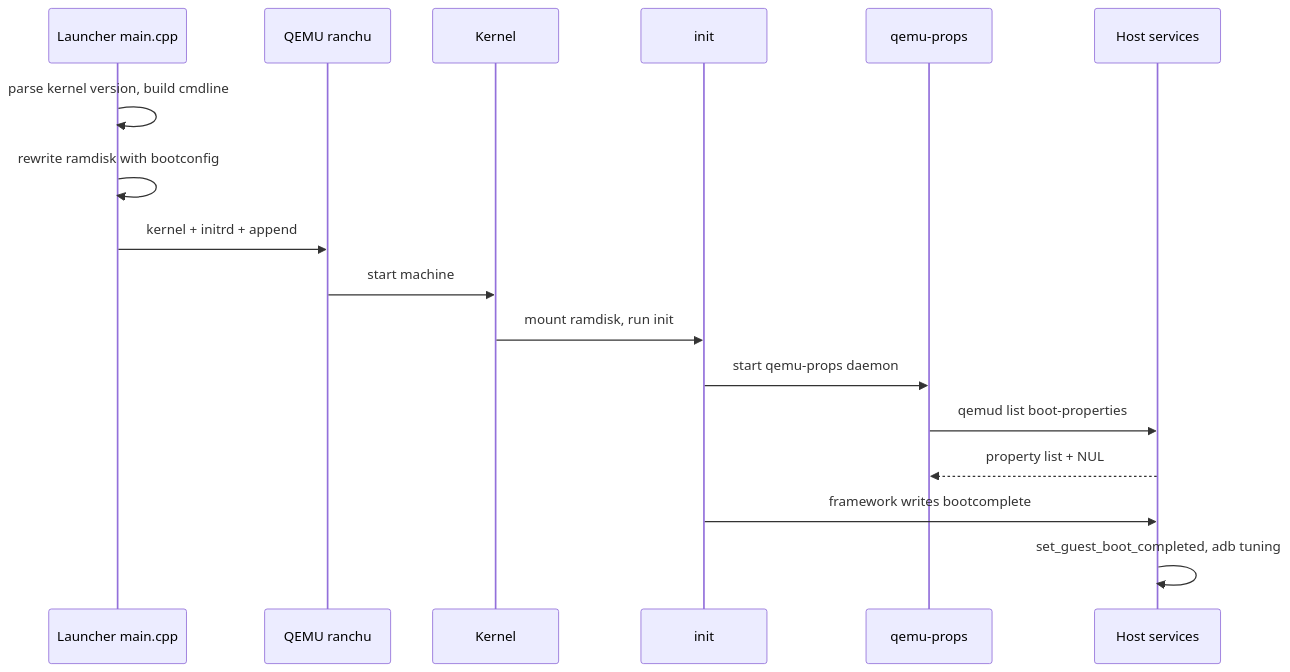
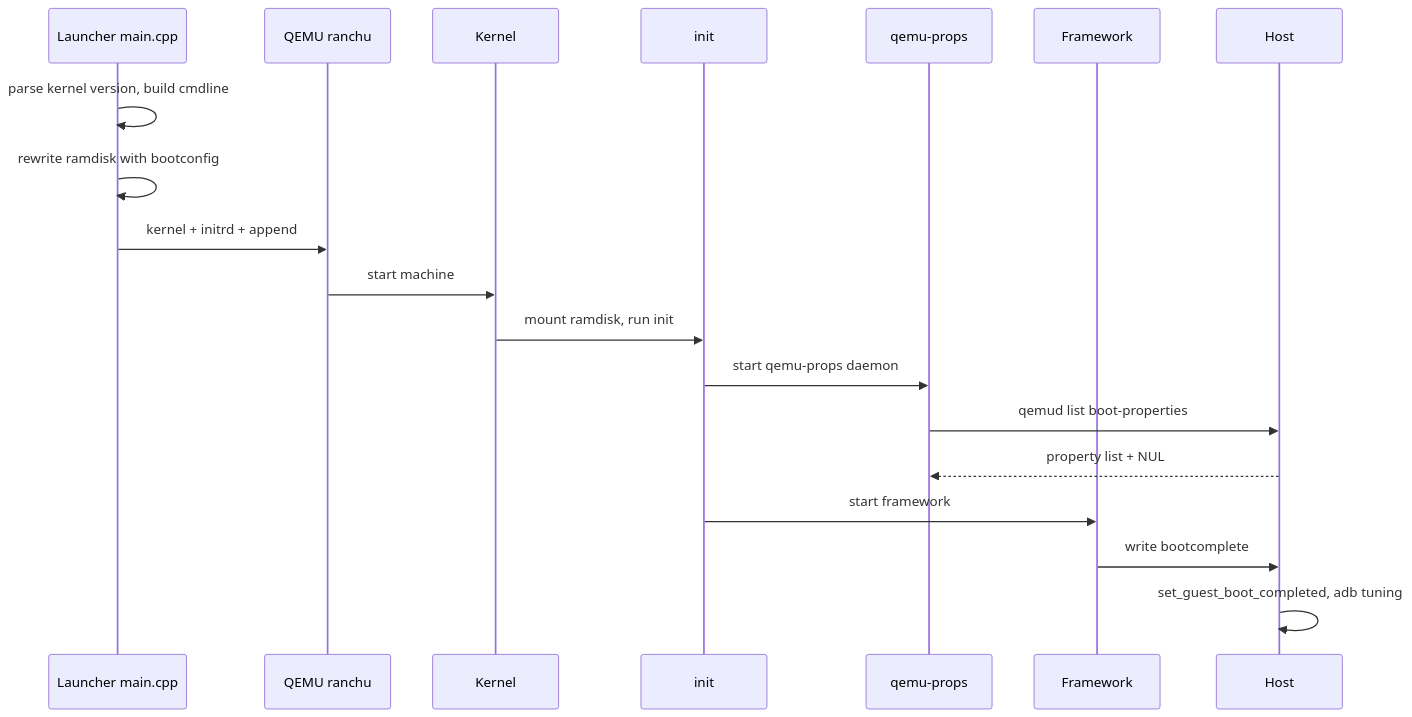
One commit to aospbooks/android-emulator-internal-book changed the eighth of 8 diagrams in 25-guest-boot.md. Above: the diagram before and after it, drawn with Mermaid. The commit also changed other lines of this file and 31 other files, not shown here.

````diff
--- a/25-guest-boot.md
+++ b/25-guest-boot.md
@@ -639,19 +643,21 @@
 ```mermaid
 sequenceDiagram
     participant L as Launcher main.cpp
     participant Q as QEMU ranchu
     participant K as Kernel
     participant I as init
     participant P as qemu-props
-    participant H as Host services
+    participant F as Framework
+    participant H as Host
     L->>L: parse kernel version, build cmdline
     L->>L: rewrite ramdisk with bootconfig
     L->>Q: kernel + initrd + append
     Q->>K: start machine
     K->>I: mount ramdisk, run init
     I->>P: start qemu-props daemon
     P->>H: qemud list boot-properties
     H-->>P: property list + NUL
-    I->>H: framework writes bootcomplete
+    I->>F: start framework
+    F->>H: write bootcomplete
     H->>H: set_guest_boot_completed, adb tuning
 ```
````
